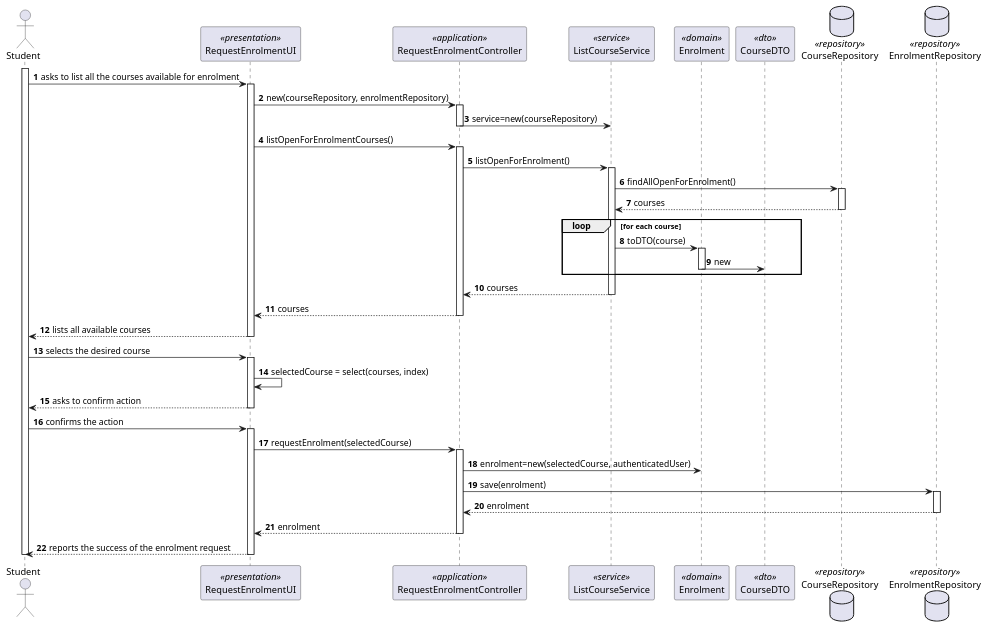
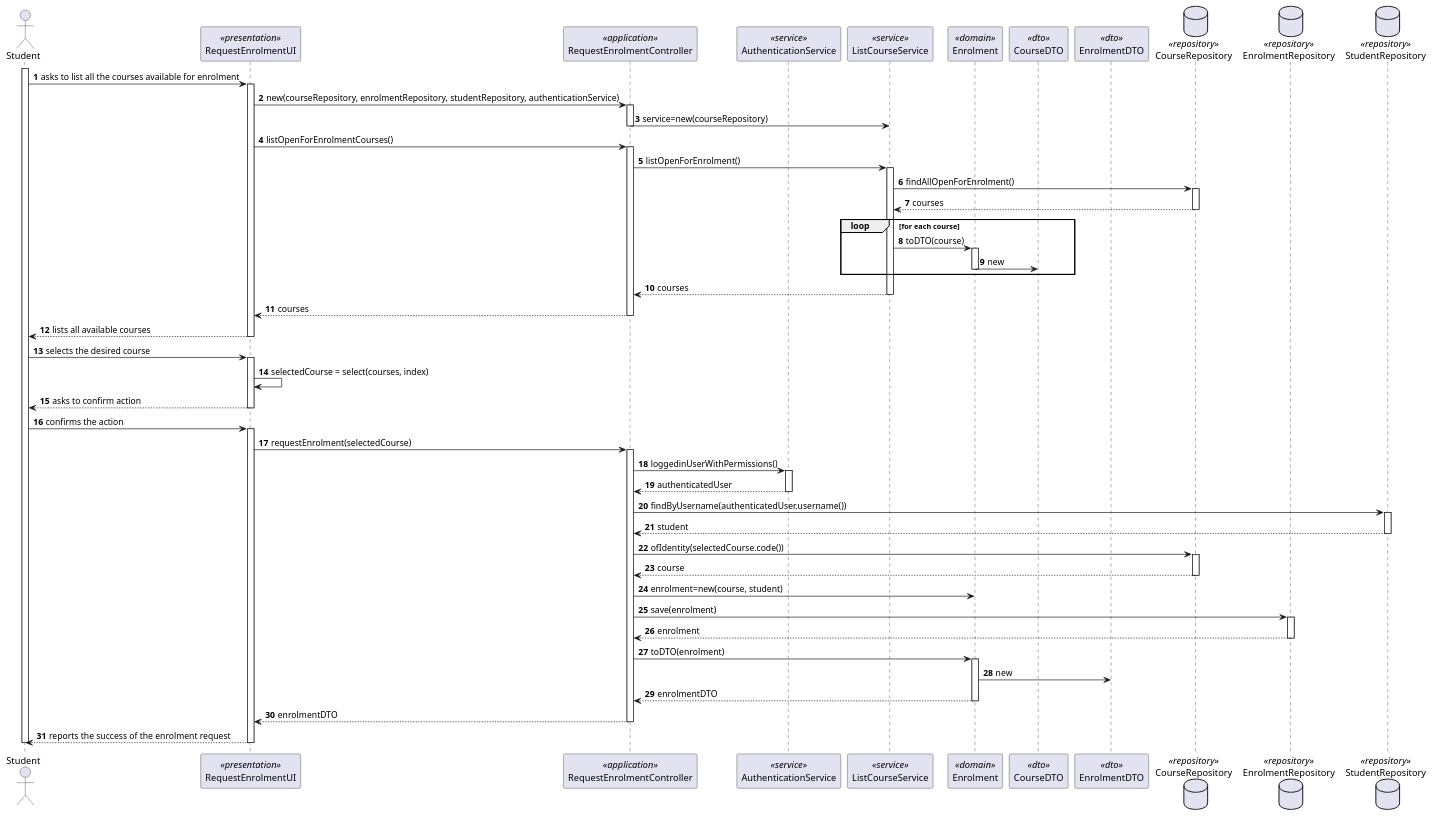
The diagram in docs/sprint-b/us14-1008/US1008_SD.puml (miseEnPlace-dev/lapr4), drawn with PlantUML before and after one commit. The commit also changed 9 other files, not shown here.

```diff
--- a/docs/sprint-b/us14-1008/US1008_SD.puml
+++ b/docs/sprint-b/us14-1008/US1008_SD.puml
@@ -1,70 +1,91 @@
 @startuml US1008_SD
 autonumber
 
 actor "Student" as S
 participant "RequestEnrolmentUI" as UI <<presentation>>
 participant "RequestEnrolmentController" as CTRL <<application>>
+participant "AuthenticationService" as AUTH <<service>>
 participant "ListCourseService" as SRV <<service>>
 participant "Enrolment" as E <<domain>>
 participant "CourseDTO" as DTO <<dto>>
+participant "EnrolmentDTO" as EDTO <<dto>>
 
 database CourseRepository as REP <<repository>>
 database EnrolmentRepository as EREP <<repository>>
+database StudentRepository as SREP <<repository>>
 
 activate S
 
 S -> UI : asks to list all the courses available for enrolment
 activate UI
 
-UI -> CTRL : new(courseRepository, enrolmentRepository)
+UI -> CTRL : new(courseRepository, enrolmentRepository, studentRepository, authenticationService)
 activate CTRL
 CTRL -> SRV : service=new(courseRepository)
 deactivate CTRL
 
 UI -> CTRL : listOpenForEnrolmentCourses()
 activate CTRL
 CTRL -> SRV : listOpenForEnrolment()
 activate SRV
 SRV -> REP : findAllOpenForEnrolment()
 activate REP
 REP --> SRV : courses
 deactivate REP
 
 loop for each course
   SRV -> E : toDTO(course)
   activate E
   E -> DTO : new
   deactivate E
 end loop
 
 SRV --> CTRL : courses
 deactivate SRV
 CTRL --> UI : courses
 deactivate CTRL
 
 UI --> S : lists all available courses
 deactivate UI
 
 S -> UI : selects the desired course
 activate UI
 UI -> UI : selectedCourse = select(courses, index)
 UI --> S : asks to confirm action
 deactivate UI
 
 S -> UI : confirms the action
 activate UI
 UI -> CTRL : requestEnrolment(selectedCourse)
 activate CTRL
-CTRL -> E : enrolment=new(selectedCourse, authenticatedUser)
+CTRL -> AUTH : loggedinUserWithPermissions()
+activate AUTH
+AUTH --> CTRL : authenticatedUser
+deactivate AUTH
+CTRL -> SREP : findByUsername(authenticatedUser.username())
+activate SREP
+SREP --> CTRL : student
+deactivate SREP
+CTRL -> REP : ofIdentity(selectedCourse.code())
+activate REP
+REP --> CTRL : course
+deactivate REP
+CTRL -> E : enrolment=new(course, student)
 CTRL -> EREP : save(enrolment)
 activate EREP
 EREP --> CTRL : enrolment
 deactivate EREP
-CTRL --> UI : enrolment
+CTRL -> E : toDTO(enrolment)
+activate E
+E -> EDTO : new
+E --> CTRL : enrolmentDTO
+deactivate E
+deactivate EREP
+CTRL --> UI : enrolmentDTO
 deactivate CTRL
 UI--> S : reports the success of the enrolment request
 deactivate UI
 
 deactivate S
 
 @enduml
```
